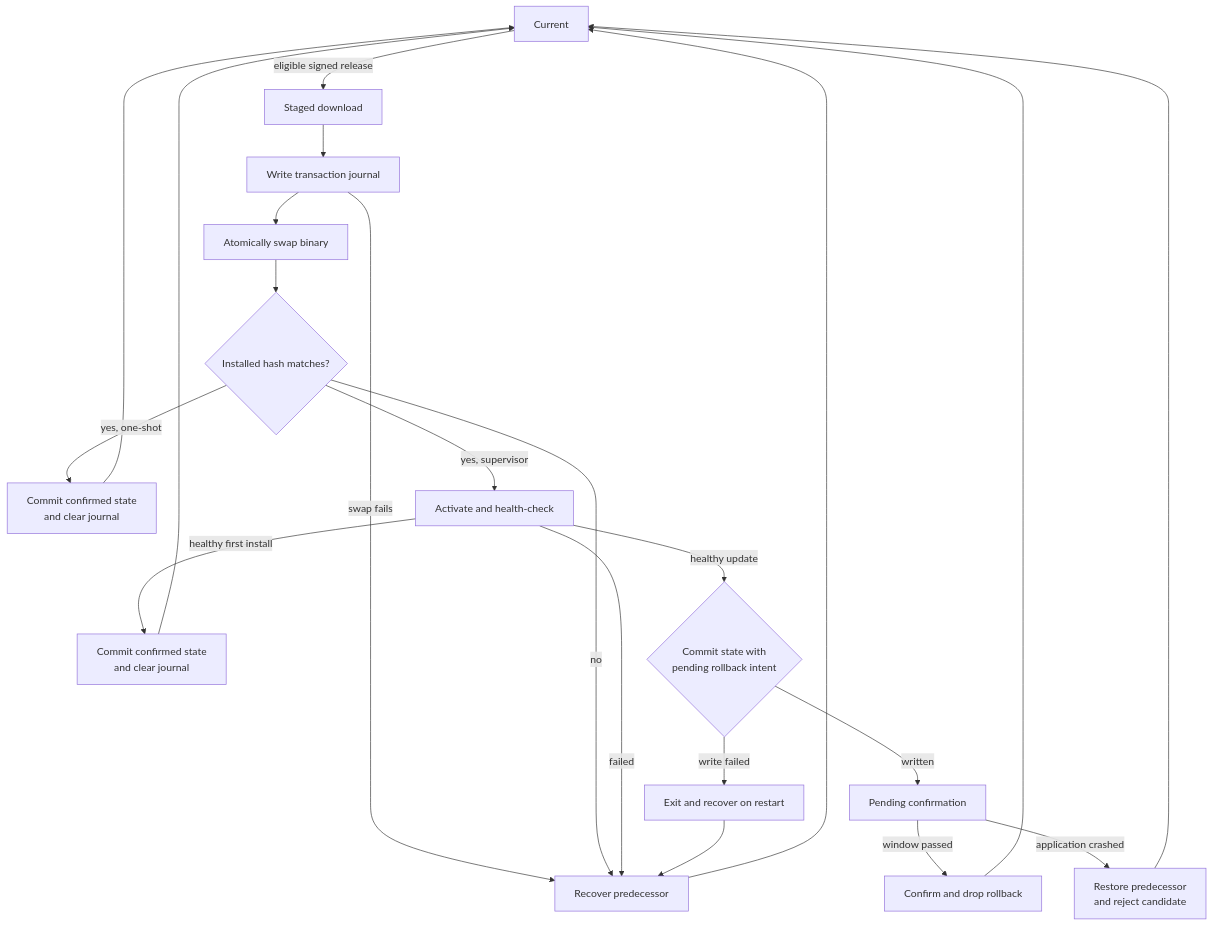
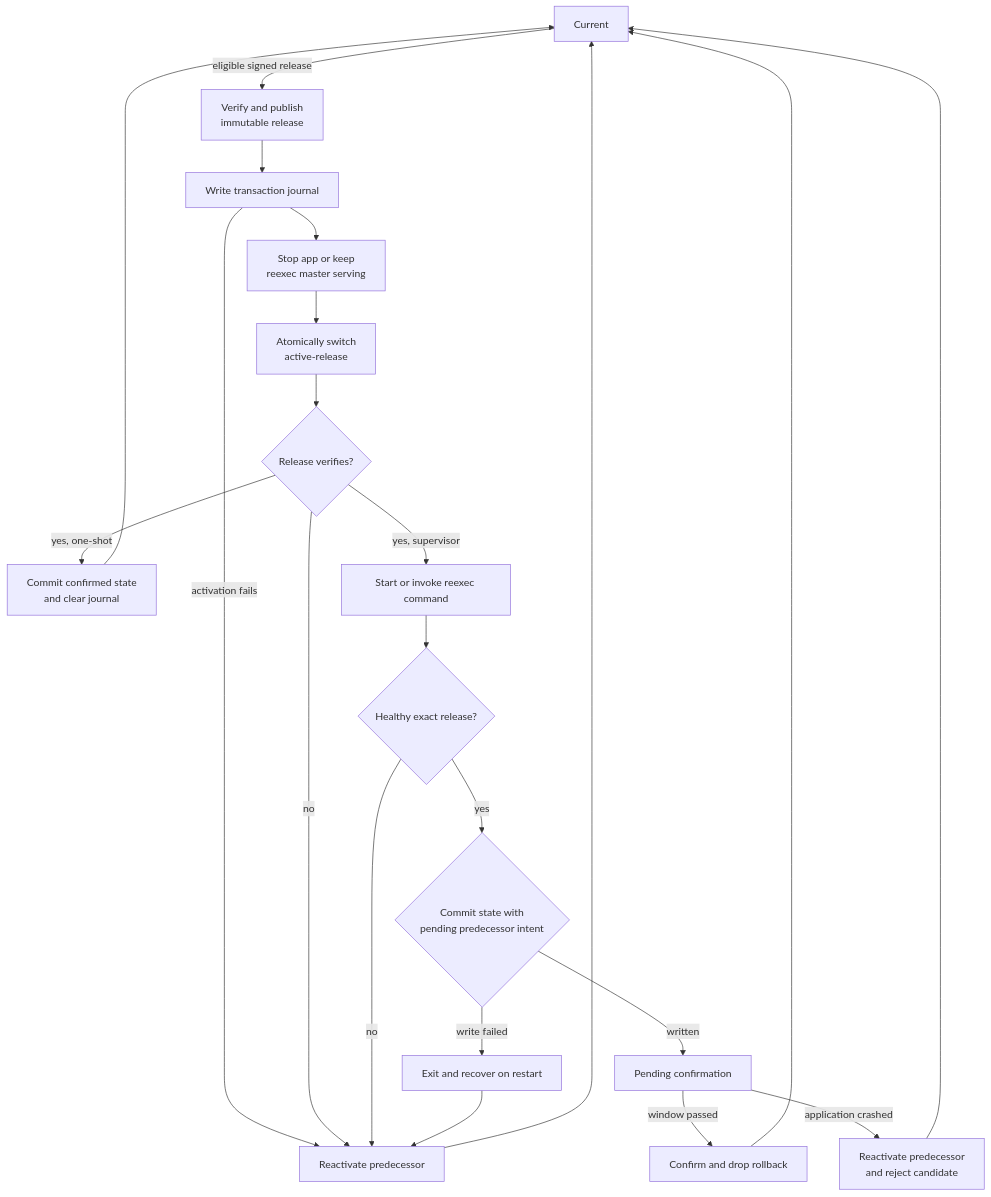
Before and after one commit to evan-hines-js/updatedc: the fourth of 5 diagrams in README.md, drawn with Mermaid. The commit also changed other lines of this file and 6 other files, not shown here.

````diff
--- a/README.md
+++ b/README.md
@@ -527,27 +536,26 @@
 ```mermaid
 flowchart TD
-    Current[Current] -->|eligible signed release| Staged[Staged download]
+    Current[Current] -->|eligible signed release| Staged[Verify and publish<br/>immutable release]
     Staged --> Journal[Write transaction journal]
-    Journal --> Swap[Atomically swap binary]
-    Swap --> Verify{Installed hash matches?}
-
-    Journal -->|swap fails| Recover[Recover predecessor]
+    Journal --> Quiesce[Stop app or keep<br/>reexec master serving]
+    Quiesce --> Activate[Atomically switch<br/>active-release]
+    Activate --> Verify{Release verifies?}
+    Journal -->|activation fails| Recover[Reactivate predecessor]
     Verify -->|no| Recover
     Recover --> Current
 
     Verify -->|yes, one-shot| OneShot[Commit confirmed state<br/>and clear journal]
     OneShot --> Current
 
-    Verify -->|yes, supervisor| Activate[Activate and health-check]
-    Activate -->|failed| Recover
-    Activate -->|healthy first install| First[Commit confirmed state<br/>and clear journal]
-    First --> Current
-    Activate -->|healthy update| Commit{Commit state with<br/>pending rollback intent}
+    Verify -->|yes, supervisor| Launch[Start or invoke reexec command]
+    Launch --> Health{Healthy exact release?}
+    Health -->|no| Recover
+    Health -->|yes| Commit{Commit state with<br/>pending predecessor intent}
     Commit -->|write failed| Restart[Exit and recover on restart]
     Restart --> Recover
     Commit -->|written| Pending[Pending confirmation]
     Pending -->|window passed| Confirm[Confirm and drop rollback]
     Confirm --> Current
-    Pending -->|application crashed| Revert[Restore predecessor<br/>and reject candidate]
+    Pending -->|application crashed| Revert[Reactivate predecessor<br/>and reject candidate]
     Revert --> Current
 ```
````
